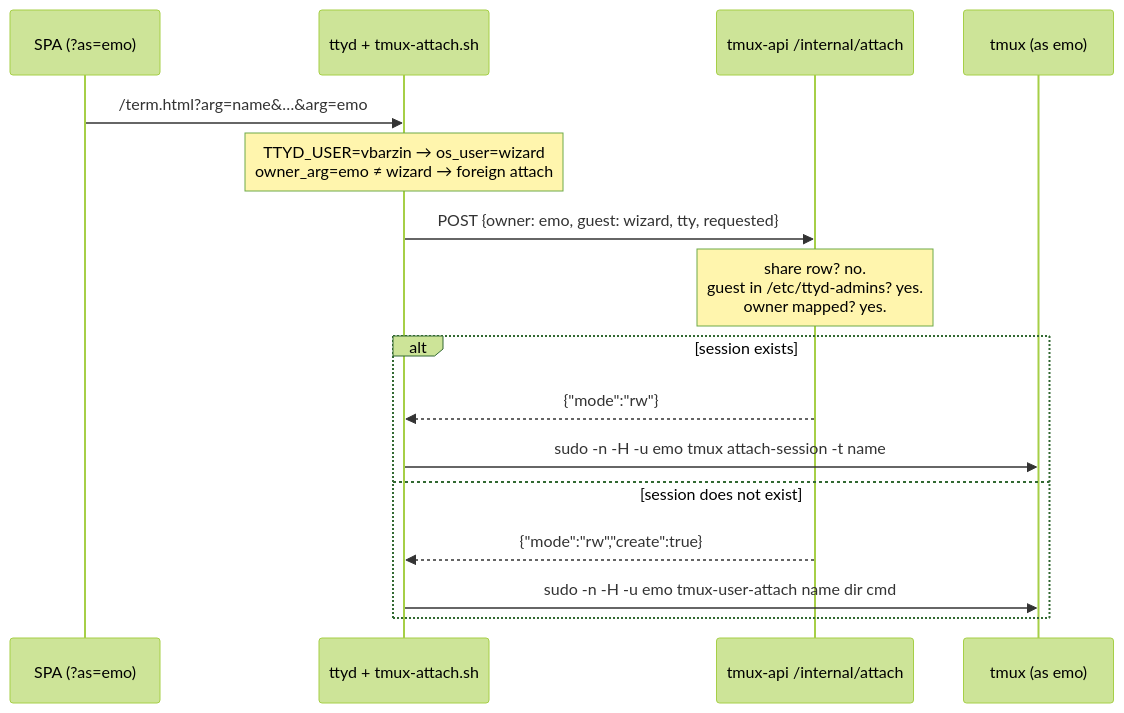
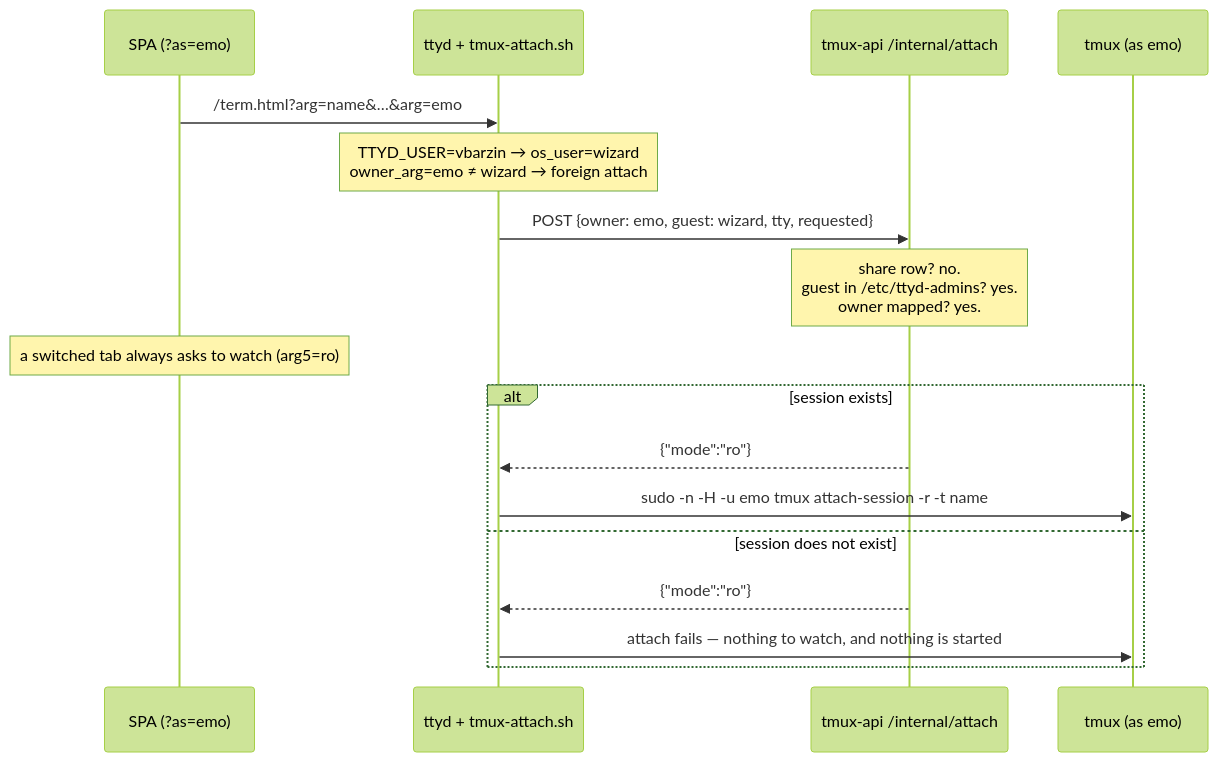
One commit to ViktorBarzin/terminal-lobby changed the third of 3 diagrams in docs/plans/2026-08-16-admin-act-as-user-design.md. Above: the diagram before and after it, drawn with Mermaid (forest theme). The commit also changed other lines of this file and 15 other files, not shown here.

````diff
--- a/docs/plans/2026-08-16-admin-act-as-user-design.md
+++ b/docs/plans/2026-08-16-admin-act-as-user-design.md
@@ -128,19 +168,20 @@
 ```mermaid
 sequenceDiagram
   participant SPA as SPA (?as=emo)
   participant TTYD as ttyd + tmux-attach.sh
   participant API as tmux-api /internal/attach
   participant TMUX as tmux (as emo)
 
   SPA->>TTYD: /term.html?arg=name&…&arg=emo
   Note over TTYD: TTYD_USER=vbarzin → os_user=wizard<br/>owner_arg=emo ≠ wizard → foreign attach
   TTYD->>API: POST {owner: emo, guest: wizard, tty, requested}
   Note over API: share row? no.<br/>guest in /etc/ttyd-admins? yes.<br/>owner mapped? yes.
+  Note over SPA: a switched tab always asks to watch (arg5=ro)
   alt session exists
-    API-->>TTYD: {"mode":"rw"}
-    TTYD->>TMUX: sudo -n -H -u emo tmux attach-session -t name
+    API-->>TTYD: {"mode":"ro"}
+    TTYD->>TMUX: sudo -n -H -u emo tmux attach-session -r -t name
   else session does not exist
-    API-->>TTYD: {"mode":"rw","create":true}
-    TTYD->>TMUX: sudo -n -H -u emo tmux-user-attach name dir cmd
+    API-->>TTYD: {"mode":"ro"}
+    TTYD->>TMUX: attach fails — nothing to watch, and nothing is started
   end
 ```
````
